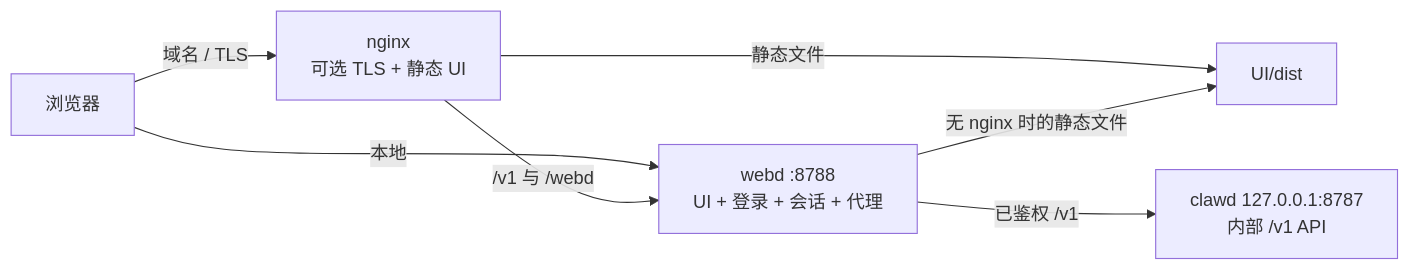
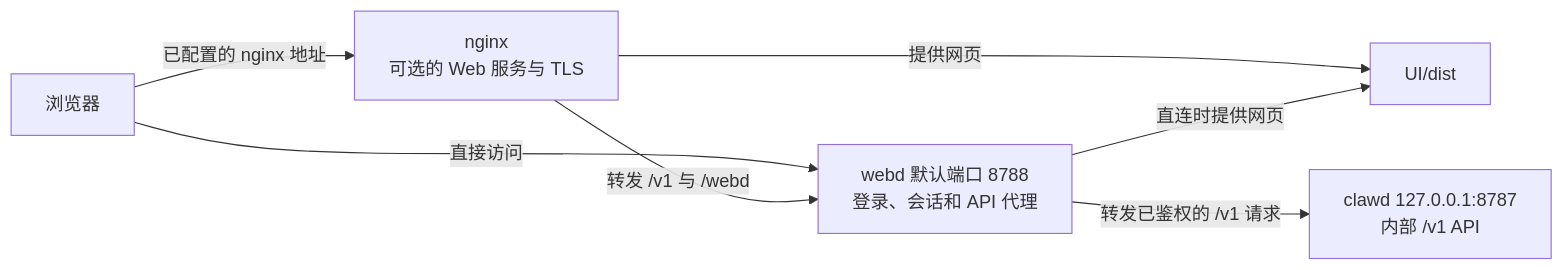
The fifth of 9 diagrams in README.zh-CN.md (MatrixCoreX/RustClaw), drawn with Mermaid before and after one commit. The commit also changed other lines of this file and 3 other files, not shown here.

````diff
--- a/README.zh-CN.md
+++ b/README.zh-CN.md
@@ -724,15 +747,15 @@
 ```mermaid
 flowchart LR
     B[浏览器]
-    N[nginx<br/>可选 TLS + 静态 UI]
-    W[webd :8788<br/>UI + 登录 + 会话 + 代理]
+    N[nginx<br/>可选的 Web 服务与 TLS]
+    W[webd 默认端口 8788<br/>登录、会话和 API 代理]
     C[clawd 127.0.0.1:8787<br/>内部 /v1 API]
     U[UI/dist]
 
-    B -->|本地| W
-    B -->|域名 / TLS| N
-    N -->|静态文件| U
-    N -->|/v1 与 /webd| W
-    W -->|无 nginx 时的静态文件| U
-    W -->|已鉴权 /v1| C
+    B -->|直接访问| W
+    B -->|已配置的 nginx 地址| N
+    N -->|提供网页| U
+    N -->|转发 /v1 与 /webd| W
+    W -->|直连时提供网页| U
+    W -->|转发已鉴权的 /v1 请求| C
 ```
````
